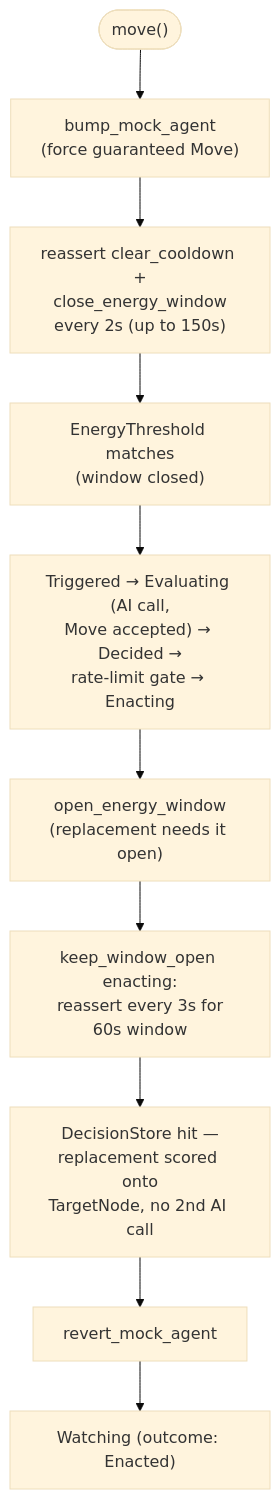
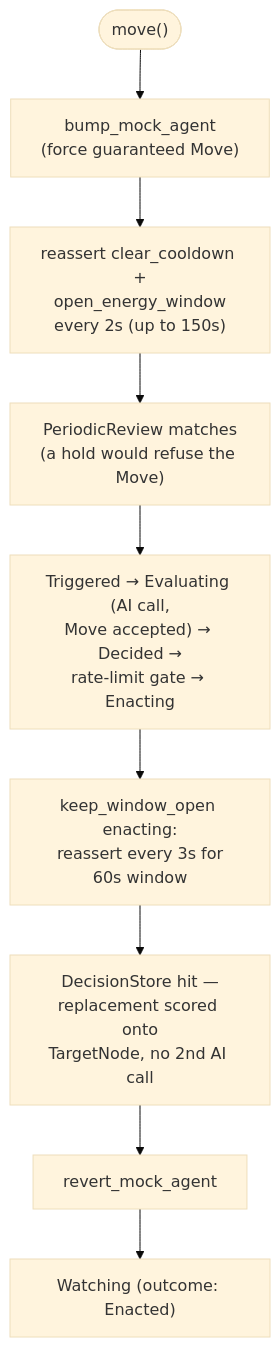
One commit to HIRO-MicroDataCenters-BV/hiro-adaptive-orchestrator changed diagram 31 of 35 in internal/rebalance/README.md. Above: the diagram before and after it, drawn with Mermaid (base theme). The commit also changed other lines of this file and 33 other files, not shown here.

Commit message:
Refuse Move and AdjustResources during an energy hold, retry only pods the gate held, make the retry age configurable, and flag undeclared autoscalers

````diff
--- a/internal/rebalance/README.md
+++ b/internal/rebalance/README.md
@@ -1353,12 +1379,11 @@
 ```mermaid
 flowchart TD
     Start(["move()"]) --> Bump["bump_mock_agent<br/>(force guaranteed Move)"]
-    Bump --> CloseLoop["reassert clear_cooldown +<br/>close_energy_window<br/>every 2s (up to 150s)"]
-    CloseLoop --> Trigger["EnergyThreshold matches<br/>(window closed)"]
+    Bump --> OpenLoop["reassert clear_cooldown +<br/>open_energy_window<br/>every 2s (up to 150s)"]
+    OpenLoop --> Trigger["PeriodicReview matches<br/>(a hold would refuse the Move)"]
     Trigger --> Cycle1["Triggered → Evaluating (AI call,<br/>Move accepted) → Decided →<br/>rate-limit gate → Enacting"]
-    Cycle1 --> Open["open_energy_window<br/>(replacement needs it open)"]
-    Open --> KeepOpen["keep_window_open enacting:<br/>reassert every 3s for<br/>60s window"]
+    Cycle1 --> KeepOpen["keep_window_open enacting:<br/>reassert every 3s for<br/>60s window"]
     KeepOpen --> Store["DecisionStore hit —<br/>replacement scored onto<br/>TargetNode, no 2nd AI call"]
     Store --> Revert["revert_mock_agent"]
     Revert --> Cycle2["Watching (outcome: Enacted)"]
 ```
````
